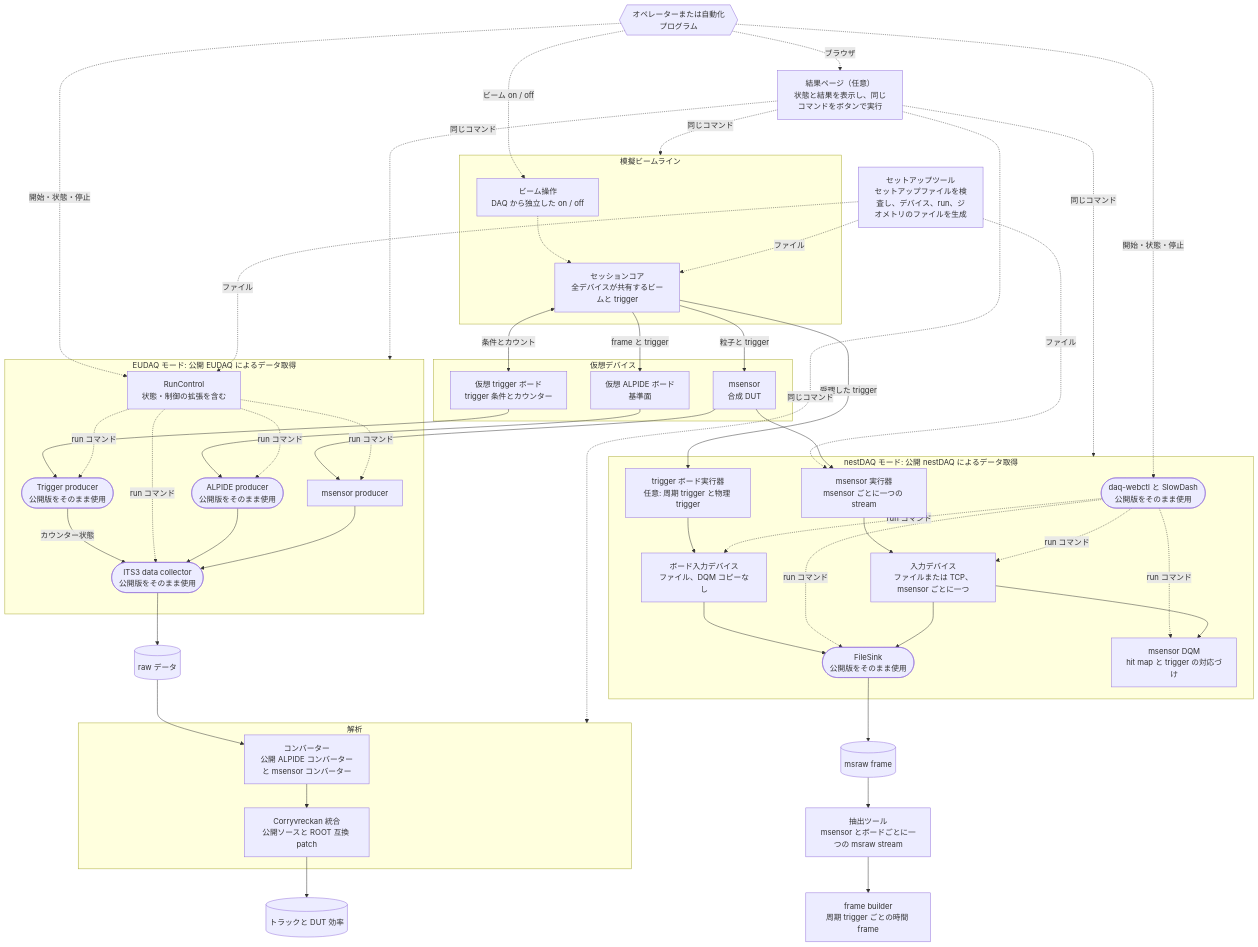
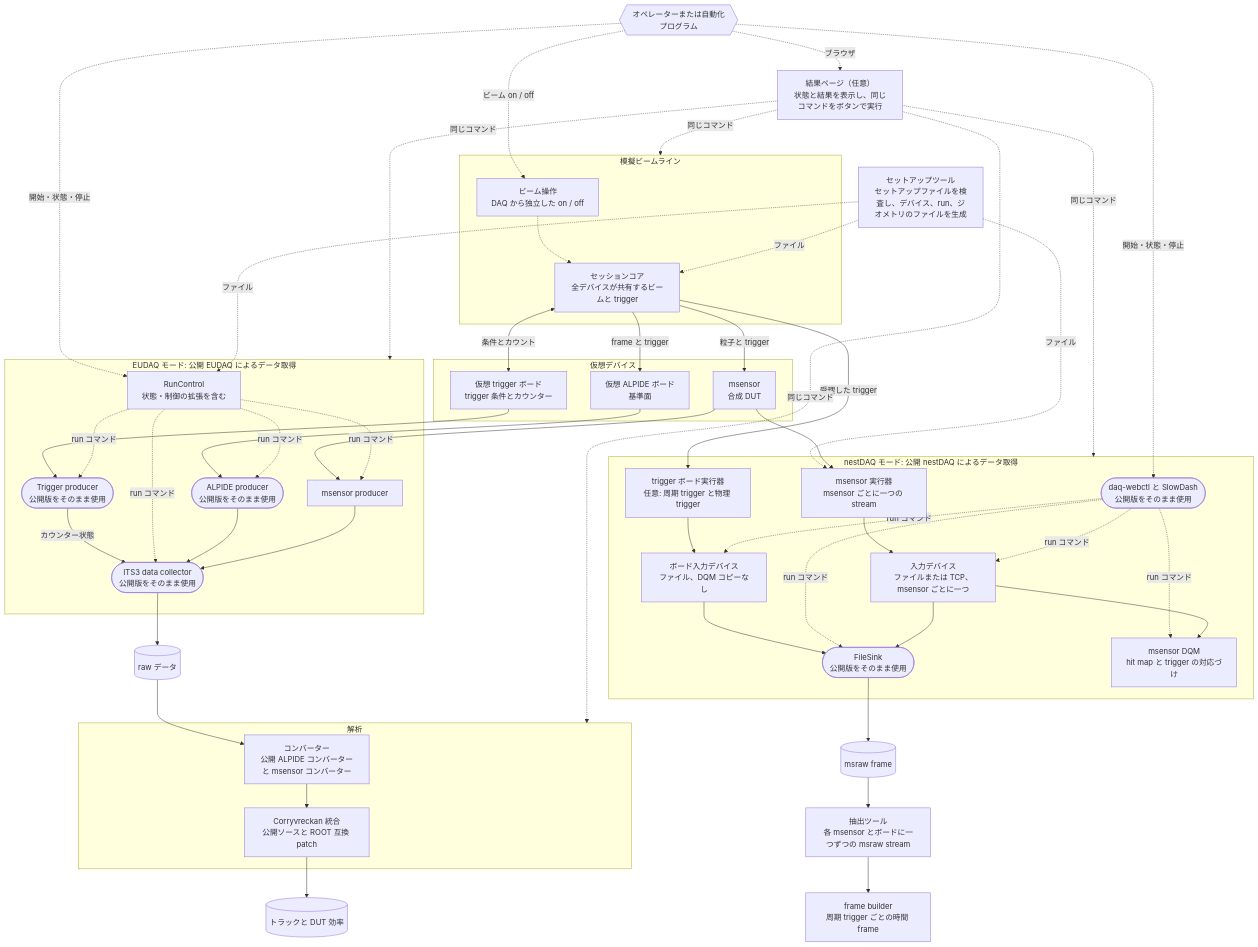
The diagram in README.ja.md (BongHwi/test-beam-sandbox), drawn with Mermaid before and after one commit. The commit also changed other lines of this file and 2 other files, not shown here.

```diff
--- a/README.ja.md
+++ b/README.ja.md
@@ -281,7 +281,7 @@
     end
 
     frames[("msraw frame")]
-    ext["抽出ツール<br/>msensor とボードごとに一つの msraw stream"]
+    ext["抽出ツール<br/>各 msensor とボードに一つずつの msraw stream"]
     fb["frame builder<br/>周期 trigger ごとの時間 frame"]
 
     op -. "ビーム on / off" .-> bc
```
